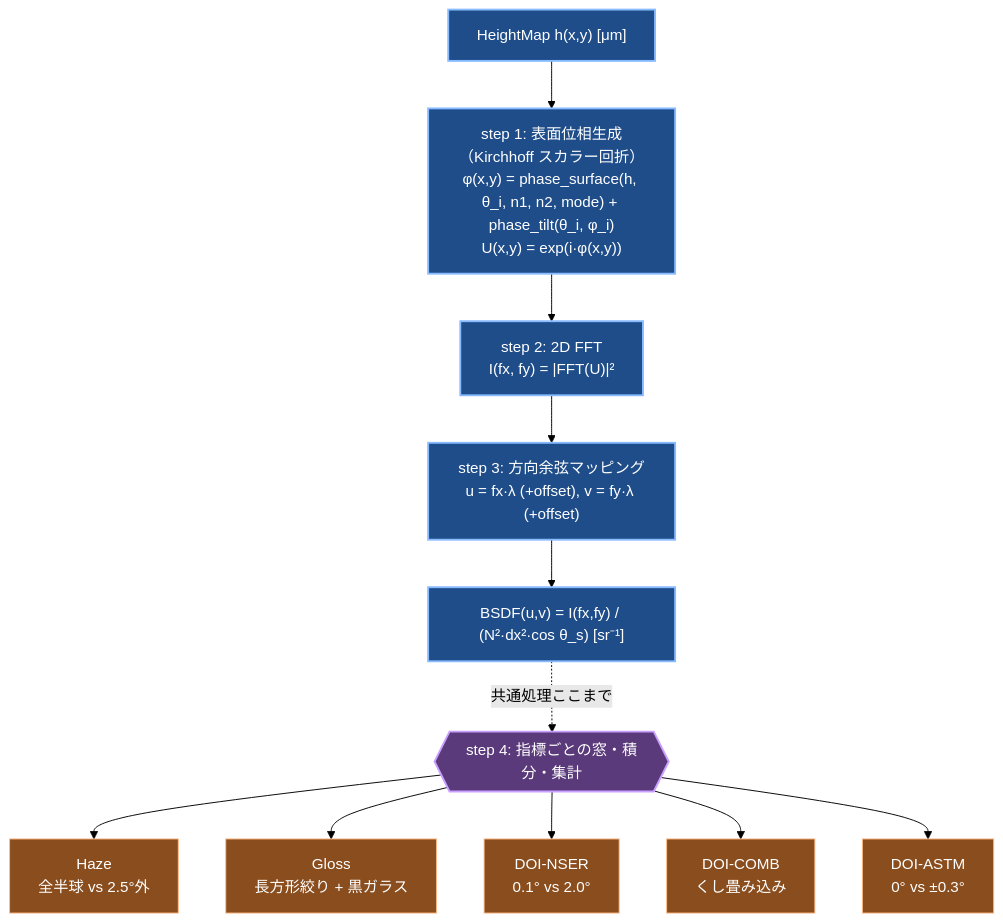
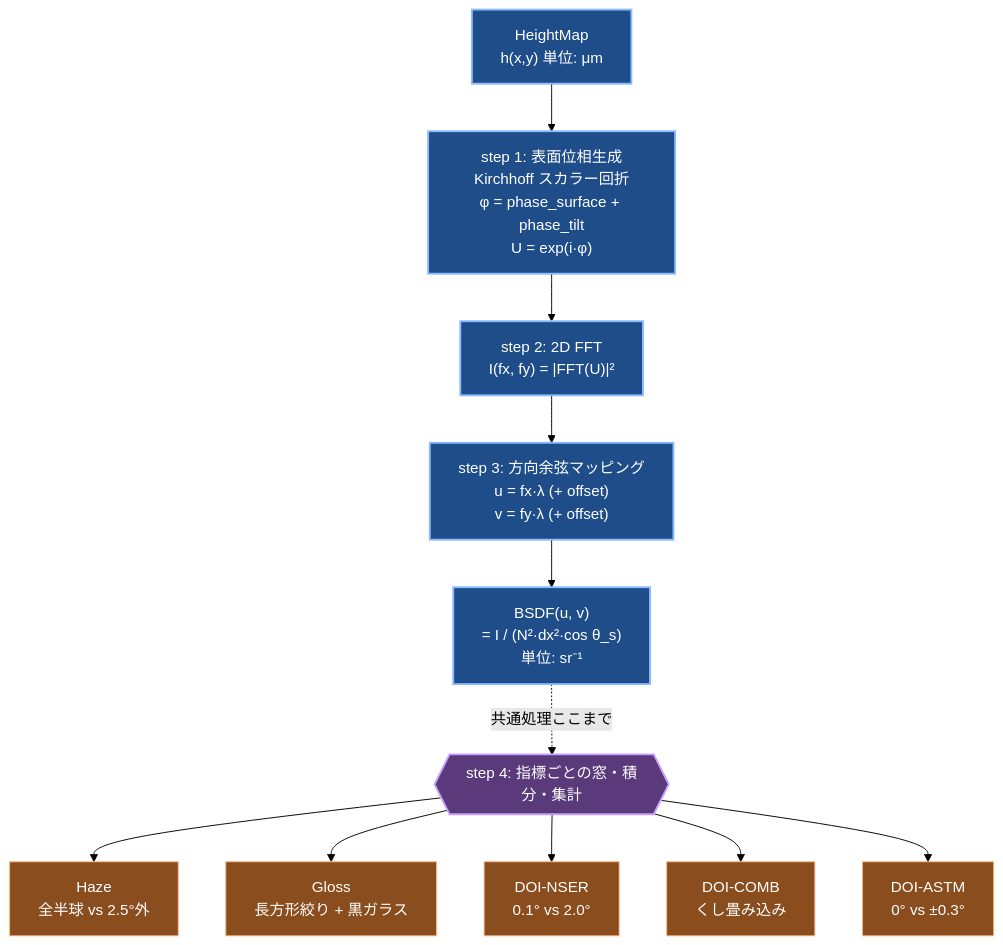
Before and after one commit to bottmk/visualization: the first of 4 diagrams in docs/metric_bsdf_relation.md, drawn with Mermaid (forest theme).

Commit message:
fix(docs): Mermaid フロー図の角括弧 ([μm]/[sr⁻¹]) を置換して表示切れを修正
Section 1 のノード定義 "..." 内にあった [μm] / [sr⁻¹] が Mermaid パーサで
ノード終端として誤認されてテキストが切れていた。括弧付きの単位記法を
「単位: μm」「単位: sr⁻¹」に置換して解消。併せて長い行を <br/> で分割し、
視認性を改善。

````diff
--- a/docs/metric_bsdf_relation.md
+++ b/docs/metric_bsdf_relation.md
@@ -13,29 +13,29 @@
 ```mermaid
 flowchart TD
-    HM["HeightMap h(x,y) [μm]"]
-    PH["step 1: 表面位相生成（Kirchhoff スカラー回折）<br/>φ(x,y) = phase_surface(h, θ_i, n1, n2, mode) + phase_tilt(θ_i, φ_i)<br/>U(x,y) = exp(i·φ(x,y))"]
+    HM["HeightMap<br/>h(x,y) 単位: μm"]
+    PH["step 1: 表面位相生成<br/>Kirchhoff スカラー回折<br/>φ = phase_surface + phase_tilt<br/>U = exp(i·φ)"]
     FFT["step 2: 2D FFT<br/>I(fx, fy) = |FFT(U)|²"]
-    UV["step 3: 方向余弦マッピング<br/>u = fx·λ (+offset), v = fy·λ (+offset)"]
-    BSDF["BSDF(u,v) = I(fx,fy) / (N²·dx²·cos θ_s) [sr⁻¹]"]
+    UV["step 3: 方向余弦マッピング<br/>u = fx·λ (+ offset)<br/>v = fy·λ (+ offset)"]
+    BSDF["BSDF(u, v)<br/>= I / (N²·dx²·cos θ_s)<br/>単位: sr⁻¹"]
     BR{{"step 4: 指標ごとの窓・積分・集計"}}
     HZ["Haze<br/>全半球 vs 2.5°外"]
     GL["Gloss<br/>長方形絞り + 黒ガラス"]
     NSER["DOI-NSER<br/>0.1° vs 2.0°"]
     COMB["DOI-COMB<br/>くし畳み込み"]
     ASTM["DOI-ASTM<br/>0° vs ±0.3°"]
 
     HM --> PH --> FFT --> UV --> BSDF
     BSDF -. 共通処理ここまで .-> BR
     BR --> HZ
     BR --> GL
     BR --> NSER
     BR --> COMB
     BR --> ASTM
 
     classDef common fill:#1e4d8a,stroke:#88bbff,stroke-width:2px,color:#ffffff;
     classDef branchHub fill:#5a3a7a,stroke:#c9a0ff,stroke-width:2px,color:#ffffff;
     classDef branch fill:#8a4d1e,stroke:#ffbb88,stroke-width:1px,color:#ffffff;
     class HM,PH,FFT,UV,BSDF common;
     class BR branchHub;
     class HZ,GL,NSER,COMB,ASTM branch;
 ```
````
